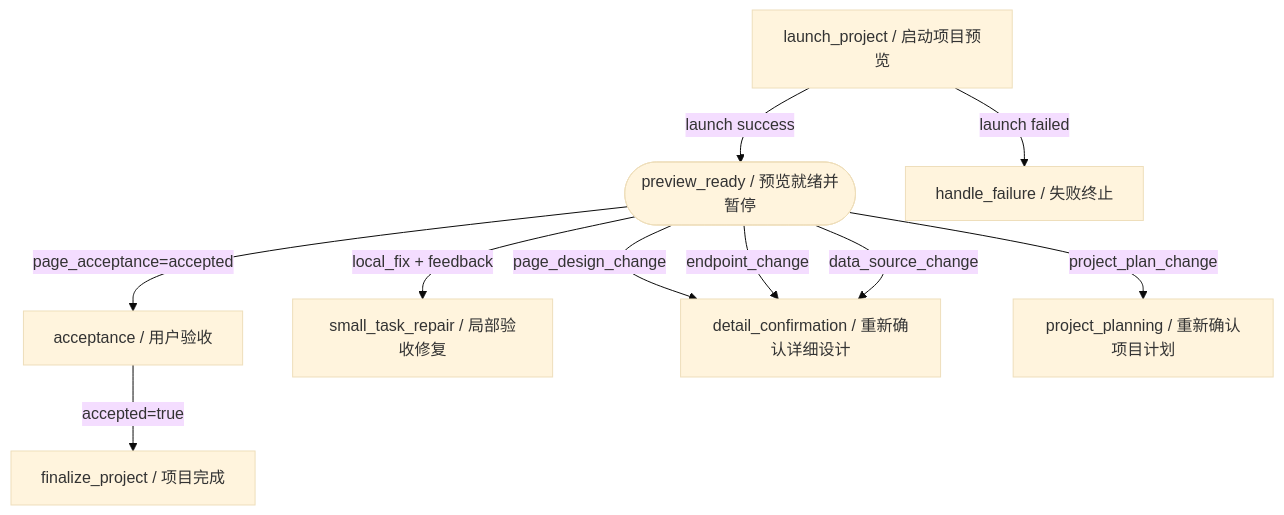
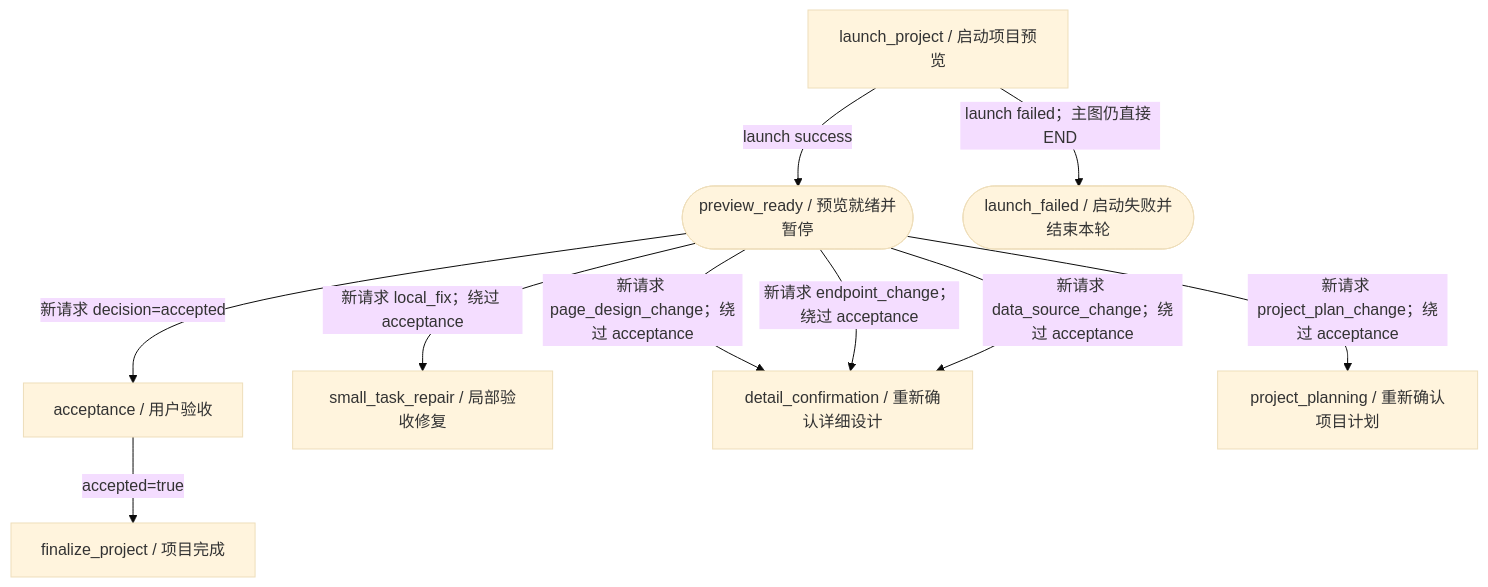
Before and after one commit to YYYWYF/XCodeAgent: the eighth of 11 diagrams in docs/XCODEAGENT_COMPLETE_WORKFLOW.md, drawn with Mermaid (base theme). The commit also changed other lines of this file and 7 other files, not shown here.

````diff
--- a/docs/XCODEAGENT_COMPLETE_WORKFLOW.md
+++ b/docs/XCODEAGENT_COMPLETE_WORKFLOW.md
@@ -582,21 +614,21 @@
 ```mermaid
 flowchart TD
     L["launch_project / 启动项目预览"]
     P(["preview_ready / 预览就绪并暂停"])
+    LE(["launch_failed / 启动失败并结束本轮"])
     A["acceptance / 用户验收"]
     F["finalize_project / 项目完成"]
     S["small_task_repair / 局部验收修复"]
     D["detail_confirmation / 重新确认详细设计"]
     PP["project_planning / 重新确认项目计划"]
-    X["handle_failure / 失败终止"]
 
     L -->|"launch success"| P
-    L -->|"launch failed"| X
-    P -->|"page_acceptance=accepted"| A
+    L -->|"launch failed；主图仍直接 END"| LE
+    P -->|"新请求 decision=accepted"| A
     A -->|"accepted=true"| F
-    P -->|"local_fix + feedback"| S
-    P -->|"page_design_change"| D
-    P -->|"endpoint_change"| D
-    P -->|"data_source_change"| D
-    P -->|"project_plan_change"| PP
+    P -->|"新请求 local_fix；绕过 acceptance"| S
+    P -->|"新请求 page_design_change；绕过 acceptance"| D
+    P -->|"新请求 endpoint_change；绕过 acceptance"| D
+    P -->|"新请求 data_source_change；绕过 acceptance"| D
+    P -->|"新请求 project_plan_change；绕过 acceptance"| PP
 ```
````
